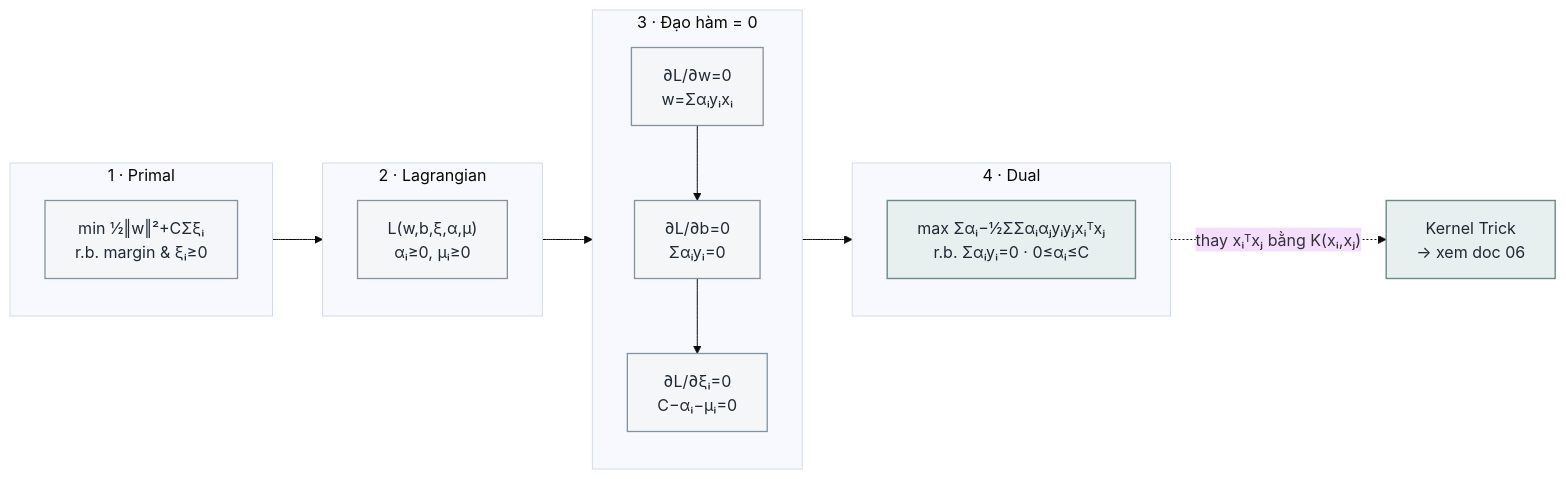
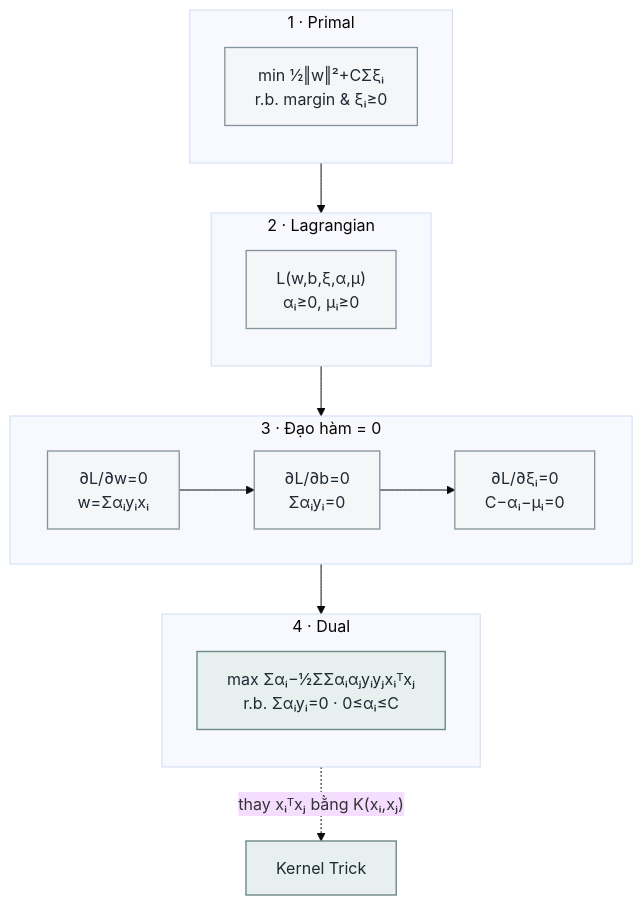
One commit to phucduocdoan/svm-optimization changed the diagram in docs/diagrams/lagrange_dual.mmd. Above: the diagram before and after it, drawn with Mermaid (base theme). The commit also changed 41 other files, not shown here.

```diff
--- a/docs/diagrams/lagrange_dual.mmd
+++ b/docs/diagrams/lagrange_dual.mmd
@@ -1,23 +1,23 @@
-flowchart LR
+flowchart TB
   subgraph PRIMAL["1 · Primal"]
     direction TB
     A["min ½‖w‖²+CΣξᵢ<br/>r.b. margin & ξᵢ≥0"]
   end
   subgraph LAGRANGE["2 · Lagrangian"]
     direction TB
     B["L(w,b,ξ,α,μ)<br/>αᵢ≥0, μᵢ≥0"]
   end
   subgraph DAOHAM["3 · Đạo hàm = 0"]
-    direction TB
+    direction LR
     C["∂L/∂w=0<br/>w=Σαᵢyᵢxᵢ"] --> D["∂L/∂b=0<br/>Σαᵢyᵢ=0"] --> E["∂L/∂ξᵢ=0<br/>C−αᵢ−μᵢ=0"]
   end
   subgraph DUAL["4 · Dual"]
     direction TB
     F["max Σαᵢ−½ΣΣαᵢαⱼyᵢyⱼxᵢᵀxⱼ<br/>r.b. Σαᵢyᵢ=0 · 0≤αᵢ≤C"]
   end
   PRIMAL --> LAGRANGE --> DAOHAM --> DUAL
-  DUAL -. "thay xᵢᵀxⱼ bằng K(xᵢ,xⱼ)" .-> KERNEL["Kernel Trick<br/>→ xem doc 06"]
+  DUAL -. "thay xᵢᵀxⱼ bằng K(xᵢ,xⱼ)" .-> KERNEL["Kernel Trick"]
   classDef standard fill:#f4f6f8,stroke:#84929d,color:#1e2933,stroke-width:1.3px
   classDef focus fill:#e7efef,stroke:#6e8a87,color:#1e2933,stroke-width:1.4px
   class A,B,C,D,E standard
   class F,KERNEL focus
```
